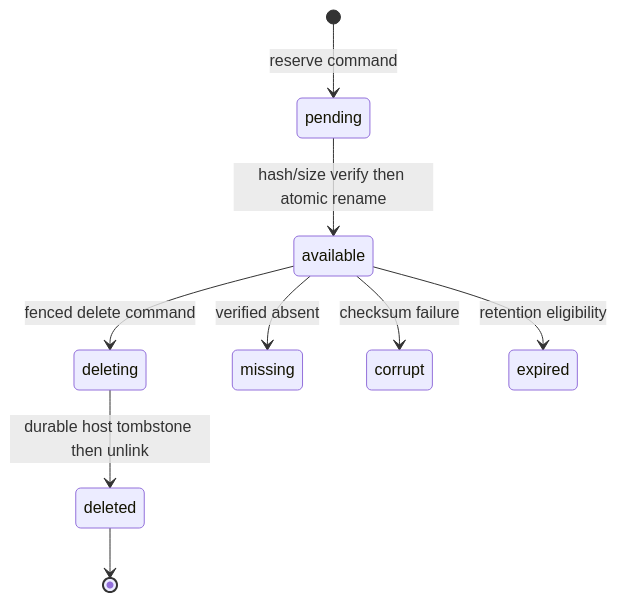
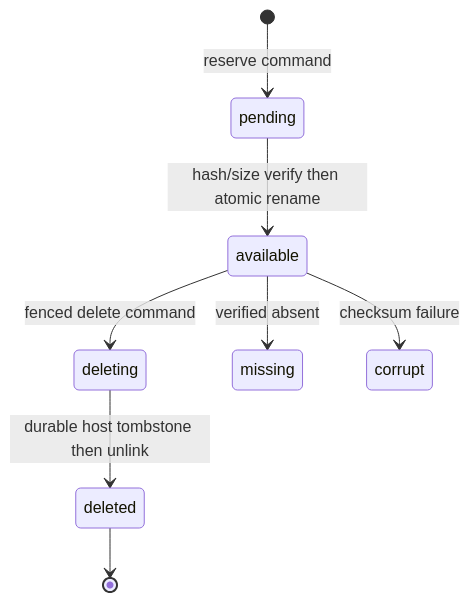
The first of 2 diagrams in docs/system-analytics/execution-runtime-objects.md (maister-dev/maister), drawn with Mermaid before and after one commit. The commit also changed other lines of this file and 41 other files, not shown here.

````diff
--- a/docs/system-analytics/execution-runtime-objects.md
+++ b/docs/system-analytics/execution-runtime-objects.md
@@ -30,11 +33,10 @@
 ```mermaid
 stateDiagram-v2
   [*] --> pending: reserve command
   pending --> available: hash/size verify then atomic rename
   available --> deleting: fenced delete command
   deleting --> deleted: durable host tombstone then unlink
   available --> missing: verified absent
   available --> corrupt: checksum failure
-  available --> expired: retention eligibility
   deleted --> [*]
 ```
````
